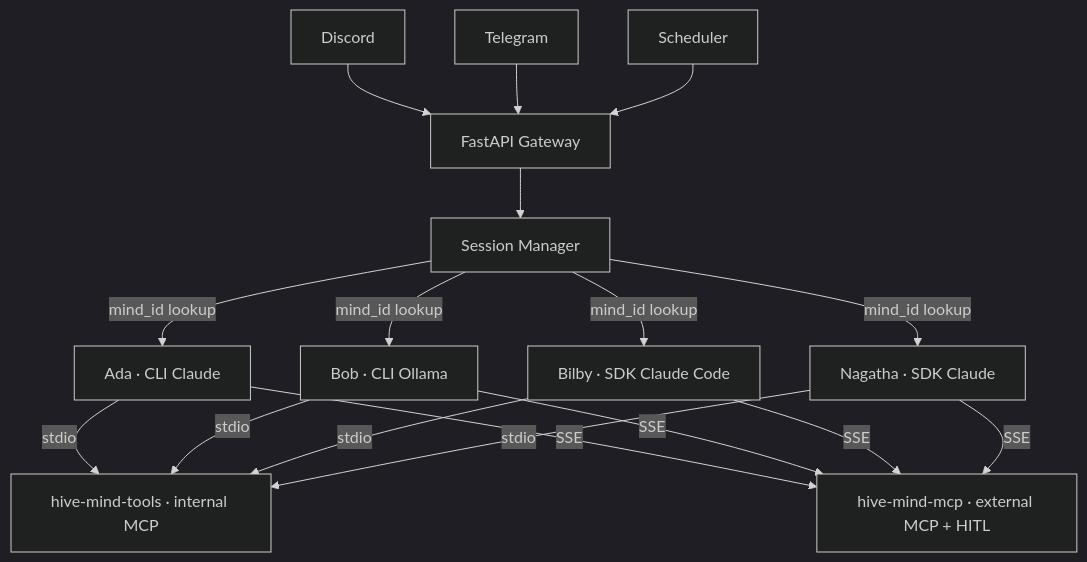
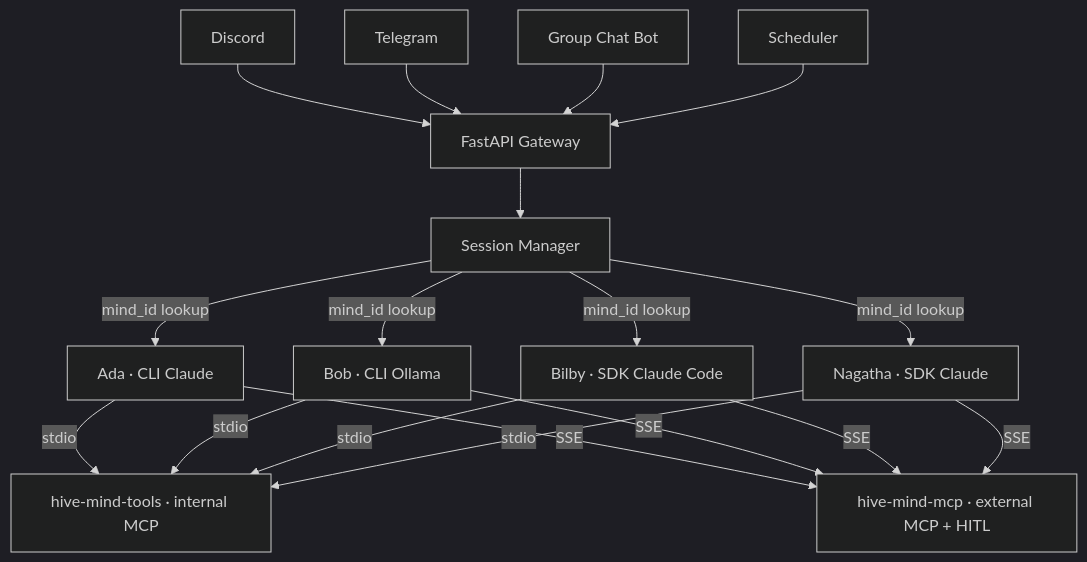
Before and after one commit to danielstewart77/hive_mind: the diagram in README.md, drawn with Mermaid (dark theme). The commit also changed other lines of this file and 1 other file, not shown here.

````diff
--- a/README.md
+++ b/README.md
@@ -21,13 +21,14 @@
 ```mermaid
 flowchart TD
     DC[Discord] --> GW[FastAPI Gateway]
     TG[Telegram] --> GW
+    HV[Group Chat Bot] --> GW
     SC[Scheduler] --> GW
     GW --> SM[Session Manager]
     SM -->|mind_id lookup| ADA[Ada · CLI Claude]
     SM -->|mind_id lookup| BOB[Bob · CLI Ollama]
     SM -->|mind_id lookup| BILBY[Bilby · SDK Claude Code]
     SM -->|mind_id lookup| NAG[Nagatha · SDK Claude]
     ADA & BOB & BILBY & NAG -->|stdio| INT[hive-mind-tools · internal MCP]
     ADA & BOB & BILBY & NAG -->|SSE| EXT[hive-mind-mcp · external MCP + HITL]
 ```
````
